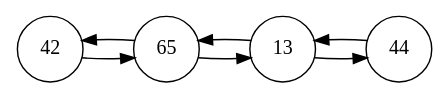
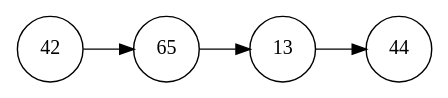
One commit to Pablolog42/2021-CC3001 changed the diagram in Ejercicio 5/lista.gv. Above: the diagram before and after it, drawn with Graphviz. The commit also changed 6 other files, not shown here.

```diff
--- a/Ejercicio 5/lista.gv
+++ b/Ejercicio 5/lista.gv
@@ -1,1 +1,1 @@
-digraph "Lista" { rankdir=LR; node[shape=circle]; 42 -> 65 -> 13 -> 44 44 -> 13 -> 65 -> 42 }
+digraph "Lista" { rankdir=LR; node[shape=circle]; 42 -> 65 -> 13 -> 44 44 }
```
